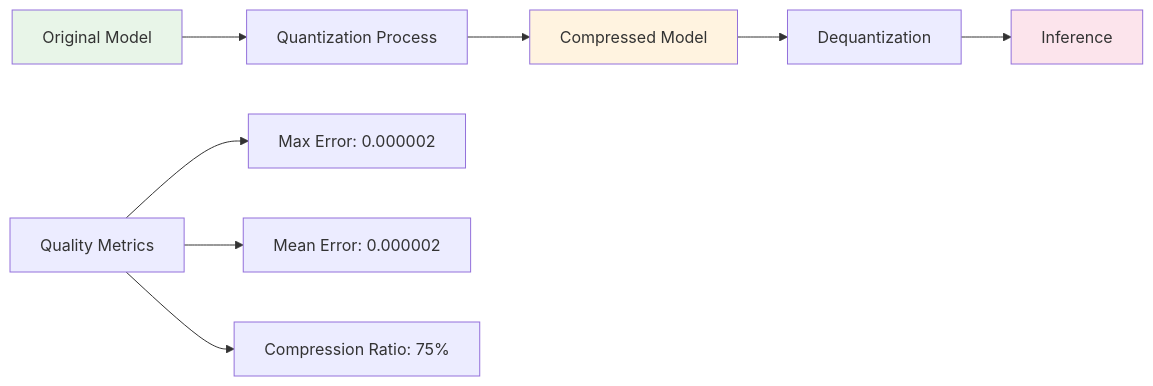
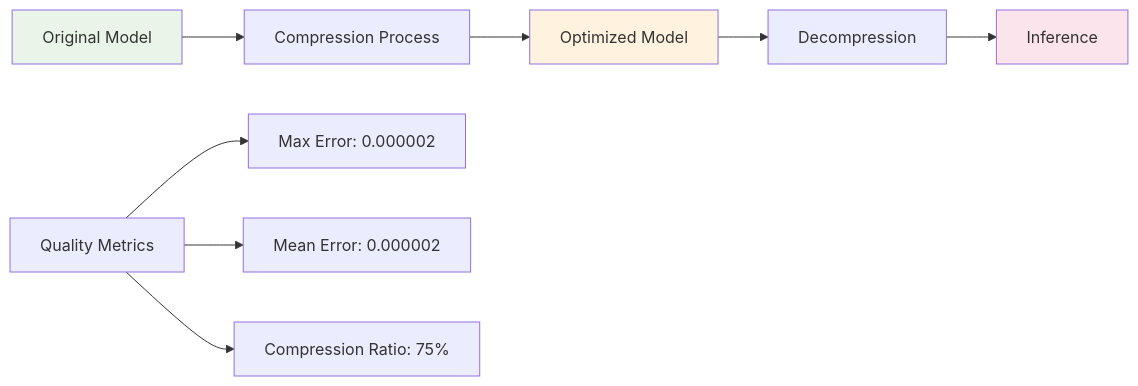
One commit to cph0r/mlops-major-exam changed the fourth of 7 diagrams in README.md. Above: the diagram before and after it, drawn with Mermaid. The commit also changed other lines of this file and 8 other files, not shown here.

````diff
--- a/README.md
+++ b/README.md
@@ -170,15 +171,15 @@
 ```mermaid
 graph LR
-    A[Original Model] --> B[Quantization Process]
-    B --> C[Compressed Model]
-    C --> D[Dequantization]
+    A[Original Model] --> B[Compression Process]
+    B --> C[Optimized Model]
+    C --> D[Decompression]
     D --> E[Inference]
     
     F[Quality Metrics] --> G[Max Error: 0.000002]
     F --> H[Mean Error: 0.000002]
     F --> I[Compression Ratio: 75%]
     
     style A fill:#e8f5e8
     style C fill:#fff3e0
     style E fill:#fce4ec
 ```
````
